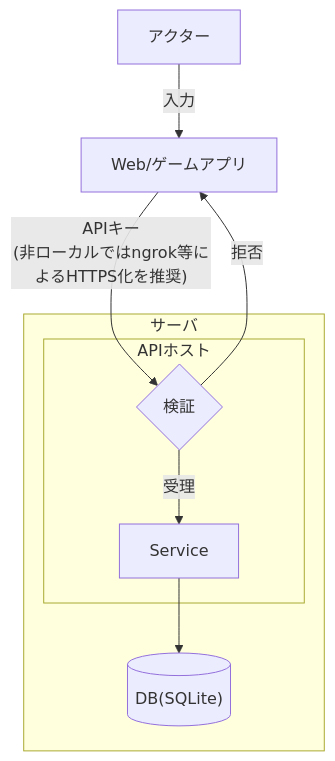
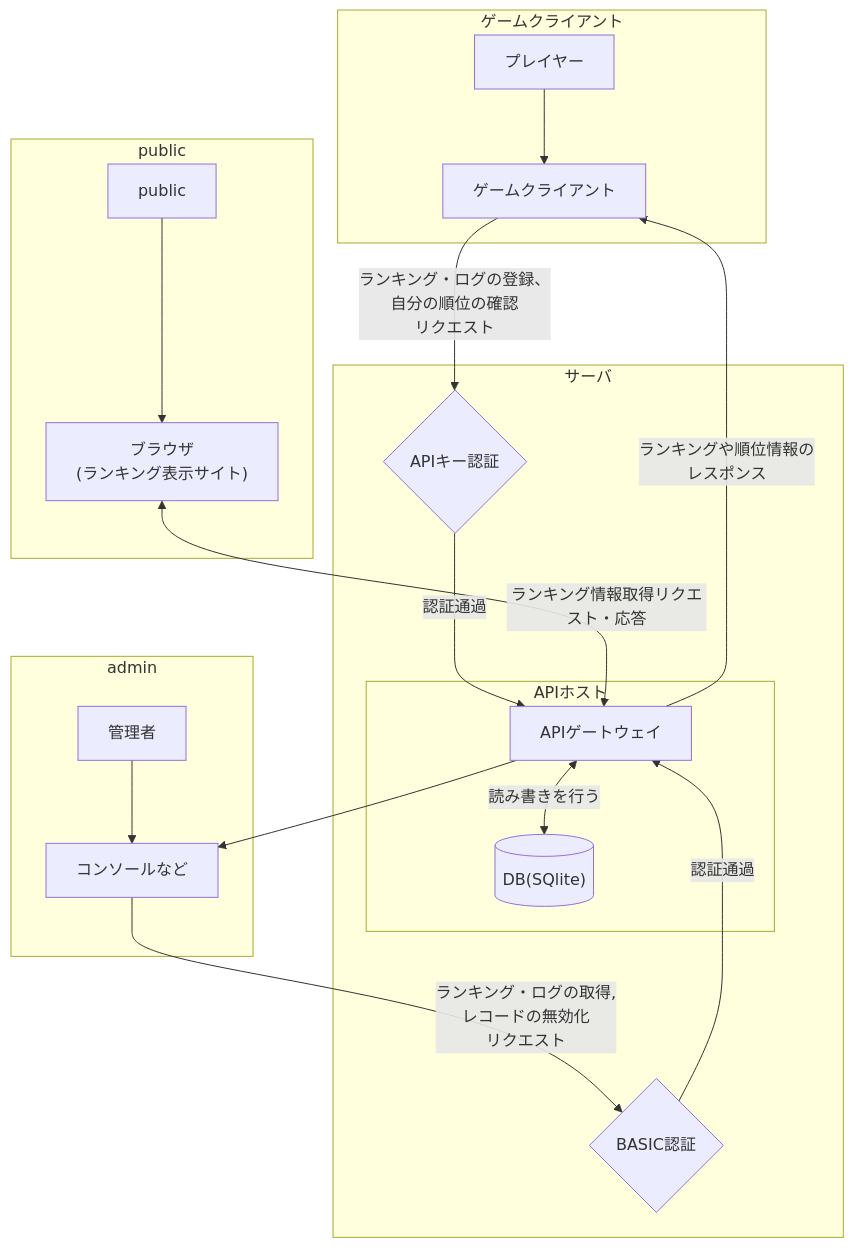
One commit to Yotaro-packer/API-training-final changed the first of 4 diagrams in document/2025-repo04-for-students.md. Above: the diagram before and after it, drawn with Mermaid. The commit also changed other lines of this file and 12 other files, not shown here.

````diff
--- a/document/2025-repo04-for-students.md
+++ b/document/2025-repo04-for-students.md
@@ -80,12 +80,24 @@
 ```mermaid
 flowchart TD
-  A[アクター] -->|入力| B[Web/ゲームアプリ]
-  B -->|"APIキー<br>(非ローカルではngrok等によるHTTPS化を推奨)"| C{検証}
+  subgraph ゲームクライアント
+  H[プレイヤー] --> A
+  end
+  A[ゲームクライアント] -->|ランキング・ログの登録、<br>自分の順位の確認<br>リクエスト| B{APIキー認証}
   subgraph サーバ
+  B -->|認証通過| C[APIゲートウェイ]
   subgraph APIホスト
-  C -->|受理| D[Service]
+  C <-->|読み書きを行う| D[("DB(SQlite)")]
   end
-  D --> E[("DB(SQLite)")]
+  G -->|認証通過| C
   end
-  C -->|拒否| B
+  C -->|ランキングや順位情報の<br>レスポンス| A
+  subgraph public
+  I[public] --> E
+  end
+  E["ブラウザ<br>(ランキング表示サイト)"] <-->|ランキング情報取得リクエスト・応答| C
+  subgraph admin
+  J[管理者] --> F[コンソールなど]
+  end
+  F -->|ランキング・ログの取得,<br>レコードの無効化<br>リクエスト| G{BASIC認証}
+  C --> F
 ```
````
